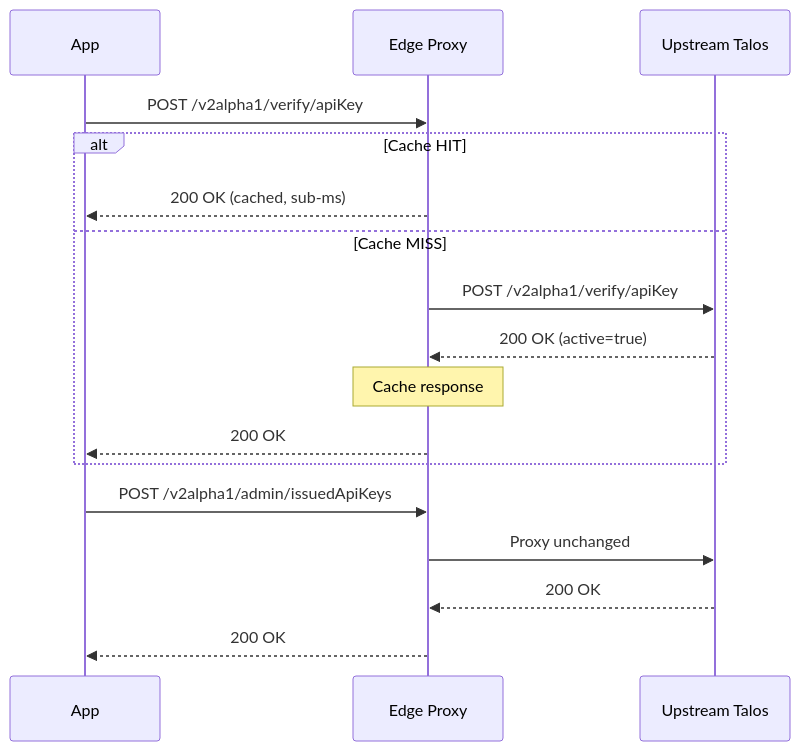
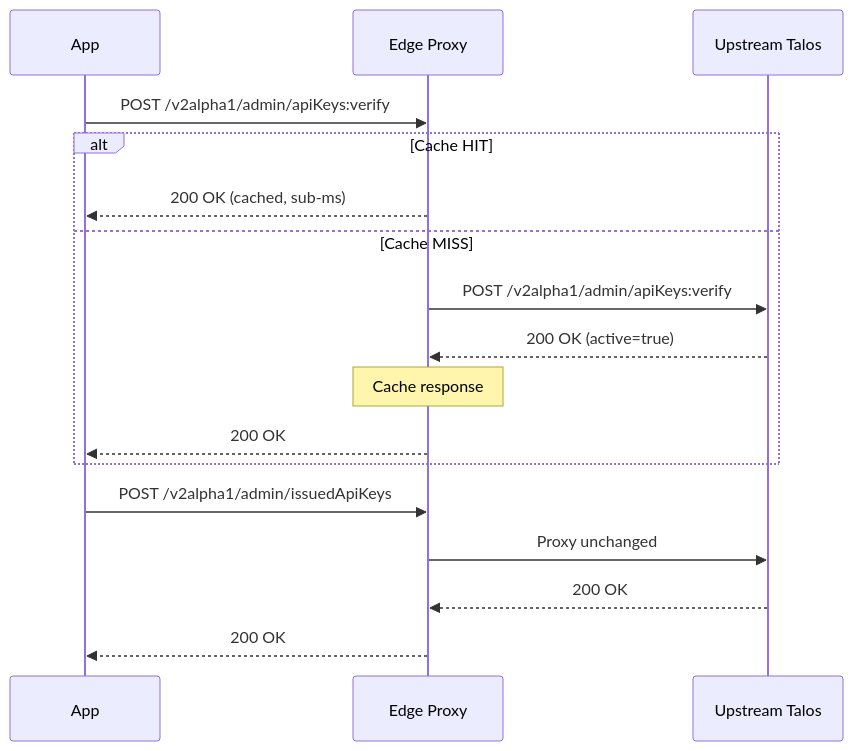
The second of 2 diagrams in docs/talos/operate/deploy/edge-proxy.md (ory/docs), drawn with Mermaid before and after one commit. The commit also changed other lines of this file and 154 other files, not shown here.

````diff
--- a/docs/talos/operate/deploy/edge-proxy.md
+++ b/docs/talos/operate/deploy/edge-proxy.md
@@ -46,20 +46,20 @@
 ```mermaid
 sequenceDiagram
     participant App
     participant Proxy as Edge Proxy
     participant Talos as Upstream Talos
 
-    App->>Proxy: POST /v2alpha1/verify/apiKey
+    App->>Proxy: POST /v2alpha1/admin/apiKeys:verify
     alt Cache HIT
         Proxy-->>App: 200 OK (cached, sub-ms)
     else Cache MISS
-        Proxy->>Talos: POST /v2alpha1/verify/apiKey
+        Proxy->>Talos: POST /v2alpha1/admin/apiKeys:verify
         Talos-->>Proxy: 200 OK (active=true)
         Note over Proxy: Cache response
         Proxy-->>App: 200 OK
     end
     App->>Proxy: POST /v2alpha1/admin/issuedApiKeys
     Proxy->>Talos: Proxy unchanged
     Talos-->>Proxy: 200 OK
     Proxy-->>App: 200 OK
 ```
````
